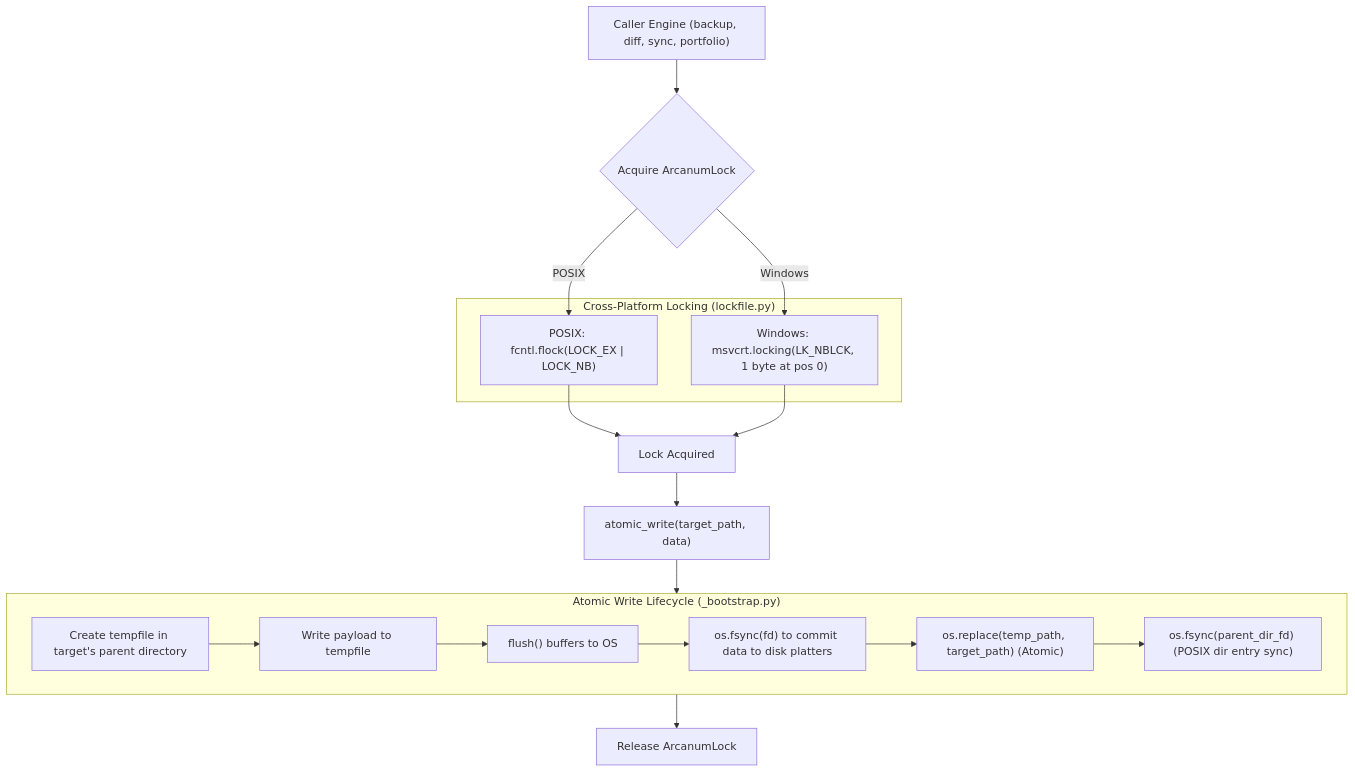
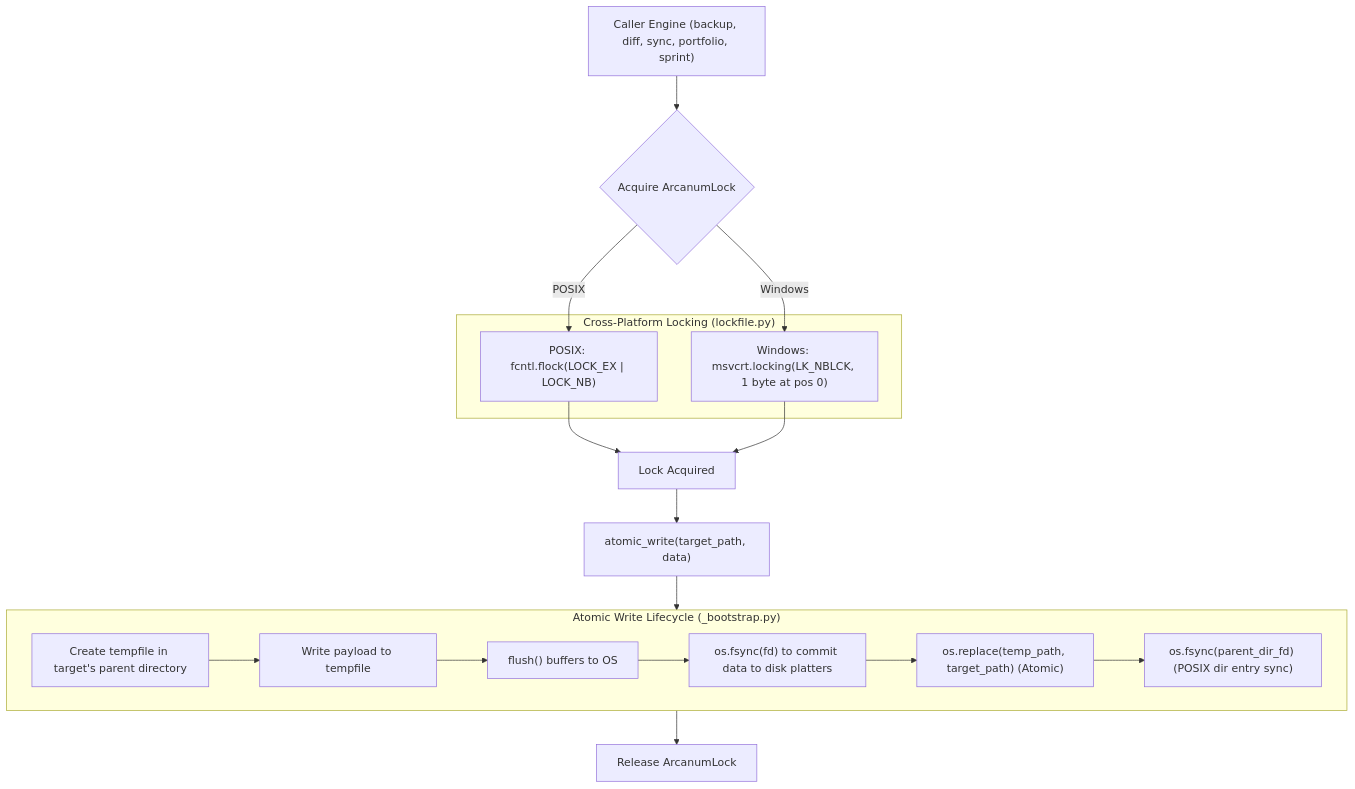
Before and after one commit to aryansinghnagar/Ars-Arcanum: the fifth of 7 diagrams in docs/codebase/ARCHITECTURE.md, drawn with Mermaid. The commit also changed other lines of this file and 47 other files, not shown here.

````diff
--- a/docs/codebase/ARCHITECTURE.md
+++ b/docs/codebase/ARCHITECTURE.md
@@ -448,29 +460,29 @@
 ```mermaid
 flowchart TD
-    CALLER["Caller Engine (backup, diff, sync, portfolio)"] --> LOCK{"Acquire ArcanumLock"}
+    CALLER["Caller Engine (backup, diff, sync, portfolio, sprint)"] --> LOCK{"Acquire ArcanumLock"}
     
     subgraph LockingMechanisms["Cross-Platform Locking (lockfile.py)"]
         POSIX["POSIX: fcntl.flock(LOCK_EX | LOCK_NB)"]
         WIN["Windows: msvcrt.locking(LK_NBLCK, 1 byte at pos 0)"]
     end
     
     LOCK -->|POSIX| POSIX
     LOCK -->|Windows| WIN
     POSIX --> GRANTED["Lock Acquired"]
     WIN --> GRANTED
     
     GRANTED --> ATOMIC["atomic_write(target_path, data)"]
     
     subgraph AtomicWriteLifecycle["Atomic Write Lifecycle (_bootstrap.py)"]
         TEMP["Create tempfile in target's parent directory"]
         WRITE["Write payload to tempfile"]
         FLUSH["flush() buffers to OS"]
         FSYNC1["os.fsync(fd) to commit data to disk platters"]
         REPLACE["os.replace(temp_path, target_path) (Atomic)"]
         FSYNC2["os.fsync(parent_dir_fd) (POSIX dir entry sync)"]
         TEMP --> WRITE --> FLUSH --> FSYNC1 --> REPLACE --> FSYNC2
     end
     
     ATOMIC --> AtomicWriteLifecycle
     AtomicWriteLifecycle --> RELEASE["Release ArcanumLock"]
 ```
````
